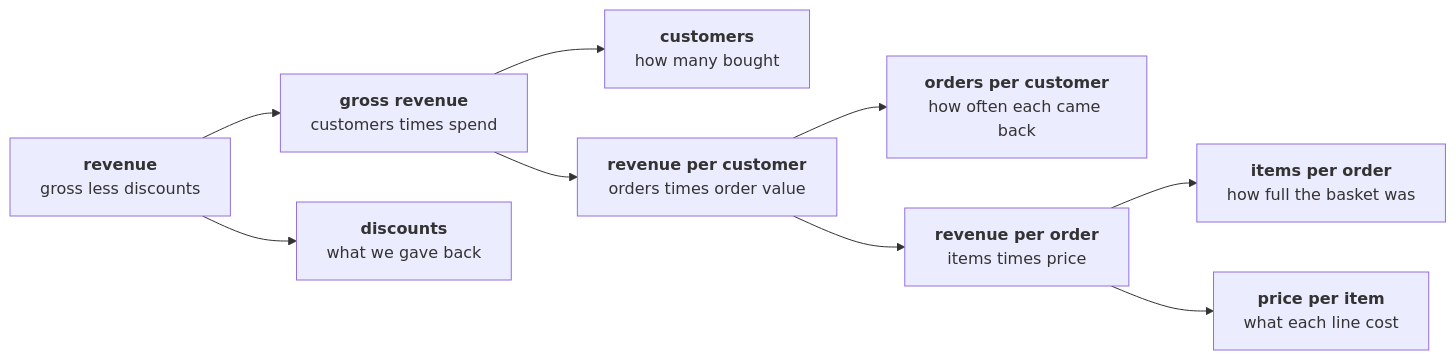
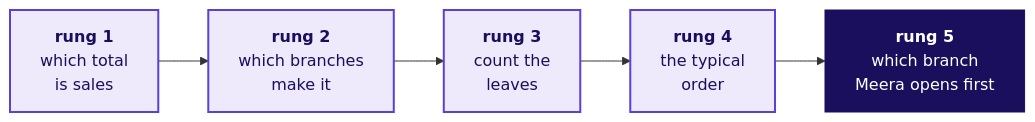
The fourth of 15 diagrams in content/W01/D1/slides/C2_W01_D01_half1_STUDENT.md (fde-academy-lab/c2-content-factory), drawn with Mermaid before and after one commit. The commit also changed other lines of this file and 28 other files, not shown here.

````diff
--- a/content/W01/D1/slides/C2_W01_D01_half1_STUDENT.md
+++ b/content/W01/D1/slides/C2_W01_D01_half1_STUDENT.md
@@ -180,11 +164,11 @@
 ```mermaid
 flowchart LR
-    R["<b>revenue</b><br/>gross less discounts"] --> G["<b>gross revenue</b><br/>customers times spend"]
-    R --> D["<b>discounts</b><br/>what we gave back"]
-    G --> C["<b>customers</b><br/>how many bought"]
-    G --> V["<b>revenue per customer</b><br/>orders times order value"]
-    V --> F["<b>orders per customer</b><br/>how often each came back"]
-    V --> O["<b>revenue per order</b><br/>items times price"]
-    O --> B["<b>items per order</b><br/>how full the basket was"]
-    O --> P["<b>price per item</b><br/>what each line cost"]
+    R1["<b>rung 1</b><br/>which total<br/>is sales"] --> R2["<b>rung 2</b><br/>which branches<br/>make it"]
+    R2 --> R3["<b>rung 3</b><br/>count the<br/>leaves"]
+    R3 --> R4["<b>rung 4</b><br/>the typical<br/>order"]
+    R4 --> R5["<b>rung 5</b><br/>which branch<br/>Meera opens first"]
+    classDef known fill:#EEEAFB,stroke:#5B3FD6,color:#1A0F5C,stroke-width:2px
+    classDef bet fill:#1A0F5C,stroke:#1A0F5C,color:#FFFFFF
+    class R1,R2,R3,R4 known
+    class R5 bet
 ```
````
